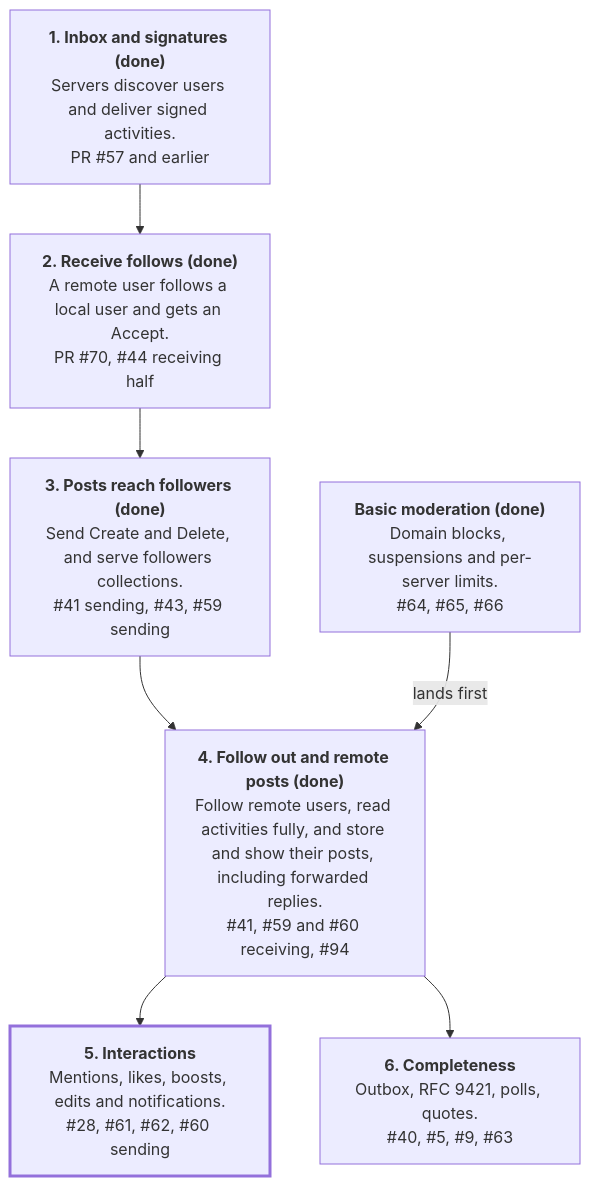
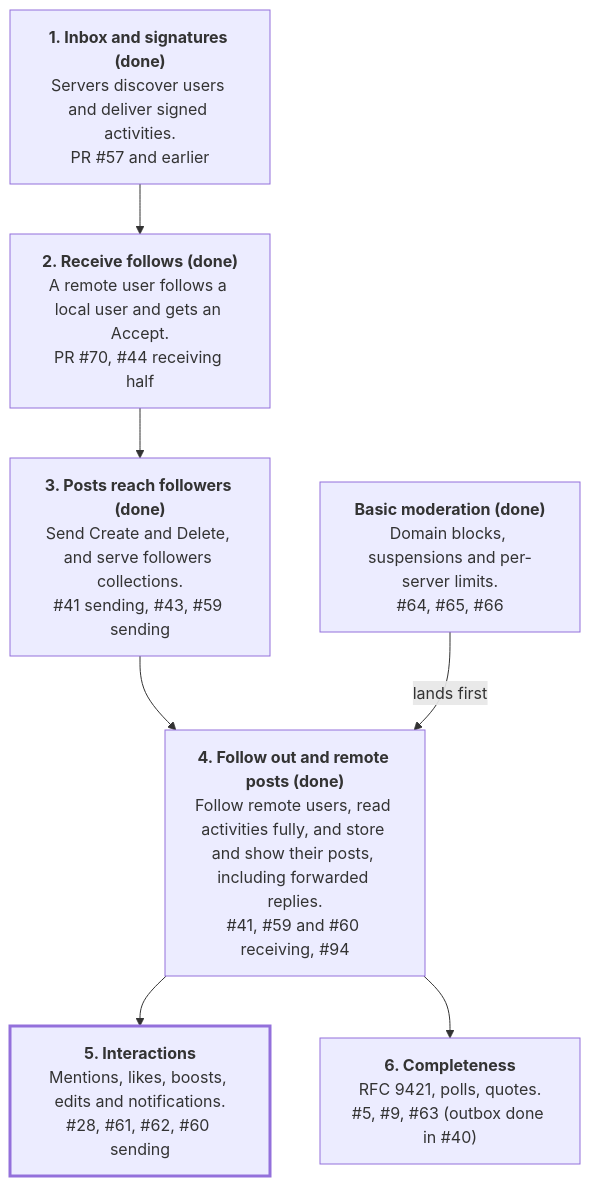
One commit to normikoto/elysium changed the diagram in docs/federation-plan.md. Above: the diagram before and after it, drawn with Mermaid. The commit also changed other lines of this file and 25 other files, not shown here.

````diff
--- a/docs/federation-plan.md
+++ b/docs/federation-plan.md
@@ -25,16 +25,16 @@
 ```mermaid
 flowchart TD
     m1["<b>1. Inbox and signatures (done)</b><br/>Servers discover users and deliver signed activities.<br/>PR #57 and earlier"]
     m2["<b>2. Receive follows (done)</b><br/>A remote user follows a local user and gets an Accept.<br/>PR #70, #44 receiving half"]
     m3["<b>3. Posts reach followers (done)</b><br/>Send Create and Delete, and serve followers collections.<br/>#41 sending, #43, #59 sending"]
     m4["<b>4. Follow out and remote posts (done)</b><br/>Follow remote users, read activities fully, and store and show their posts, including forwarded replies.<br/>#41, #59 and #60 receiving, #94"]
     m5["<b>5. Interactions</b><br/>Mentions, likes, boosts, edits and notifications.<br/>#28, #61, #62, #60 sending"]
     mod["<b>Basic moderation (done)</b><br/>Domain blocks, suspensions and per-server limits.<br/>#64, #65, #66"]
-    m6["<b>6. Completeness</b><br/>Outbox, RFC 9421, polls, quotes.<br/>#40, #5, #9, #63"]
+    m6["<b>6. Completeness</b><br/>RFC 9421, polls, quotes.<br/>#5, #9, #63 (outbox done in #40)"]
 
     m1 --> m2 --> m3 --> m4 --> m5
     mod -- lands first --> m4
     m4 --> m6
 
     style m5 stroke-width:3px
 ```
````
